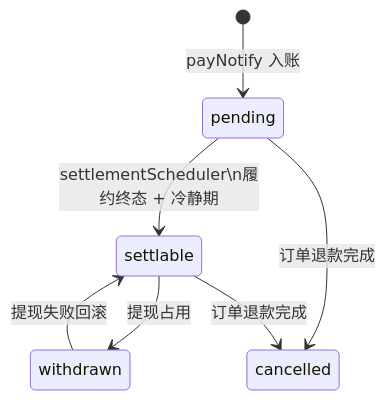
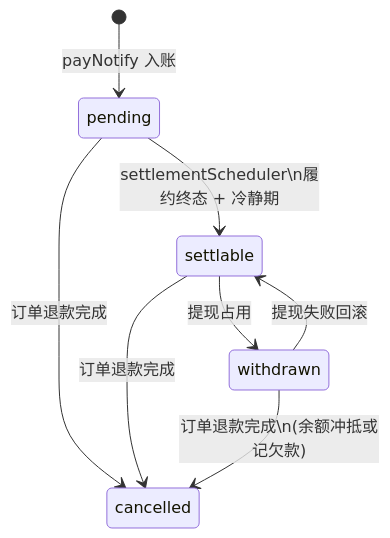
The fifth of 5 diagrams in docs/STATE-MACHINES.md (bei123/art_data), drawn with Mermaid before and after one commit. The commit also changed other lines of this file and 5 other files, not shown here.

````diff
--- a/docs/STATE-MACHINES.md
+++ b/docs/STATE-MACHINES.md
@@ -135,9 +135,10 @@
 ```mermaid
 stateDiagram-v2
   [*] --> pending: payNotify 入账
   pending --> settlable: settlementScheduler\n履约终态 + 冷静期
   settlable --> withdrawn: 提现占用
   withdrawn --> settlable: 提现失败回滚
   pending --> cancelled: 订单退款完成
   settlable --> cancelled: 订单退款完成
+  withdrawn --> cancelled: 订单退款完成\n(余额冲抵或记欠款)
 ```
````
